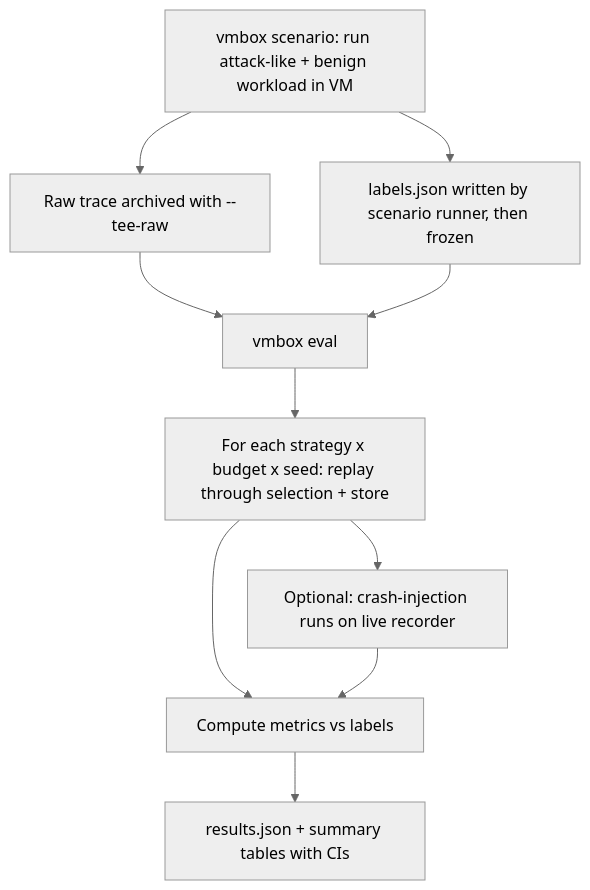
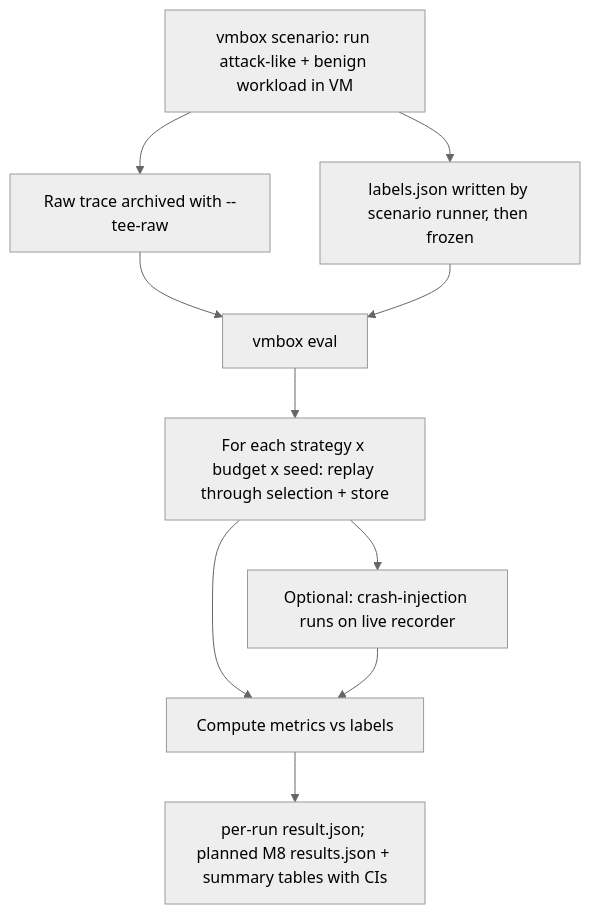
The third of 3 diagrams in docs/APPFLOW.md (aj976/V-MBOX), drawn with Mermaid (neutral theme) before and after one commit. The commit also changed 3 other files, not shown here.

````diff
--- a/docs/APPFLOW.md
+++ b/docs/APPFLOW.md
@@ -88,12 +88,12 @@
 ```mermaid
 flowchart TD
   A[vmbox scenario: run attack-like + benign workload in VM] --> B[Raw trace archived with --tee-raw]
   A --> C[labels.json written by scenario runner, then frozen]
   B --> D[vmbox eval]
   C --> D
   D --> E[For each strategy x budget x seed: replay through selection + store]
   E --> F[Optional: crash-injection runs on live recorder]
   E --> G[Compute metrics vs labels]
   F --> G
-  G --> H[results.json + summary tables with CIs]
+  G --> H[per-run result.json; planned M8 results.json + summary tables with CIs]
 ```
````
